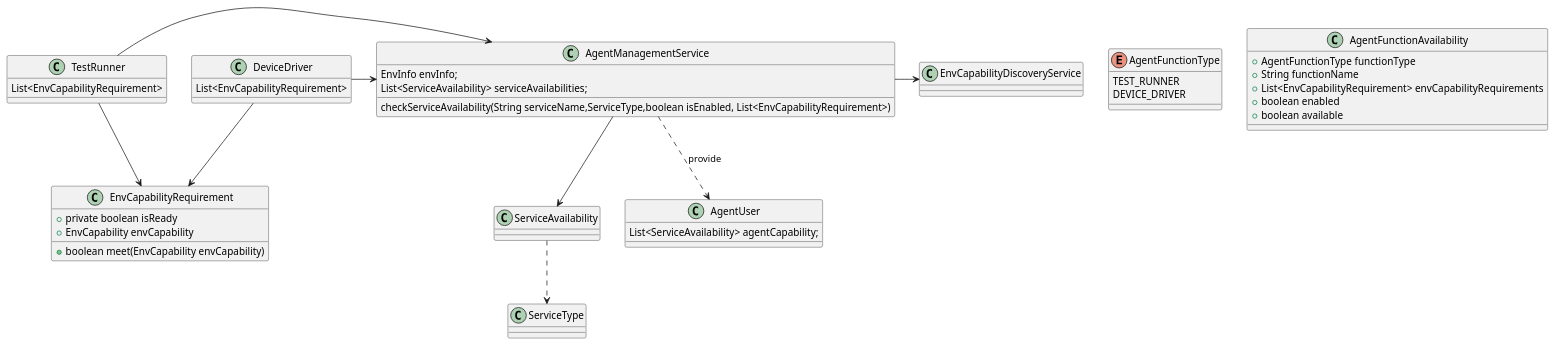
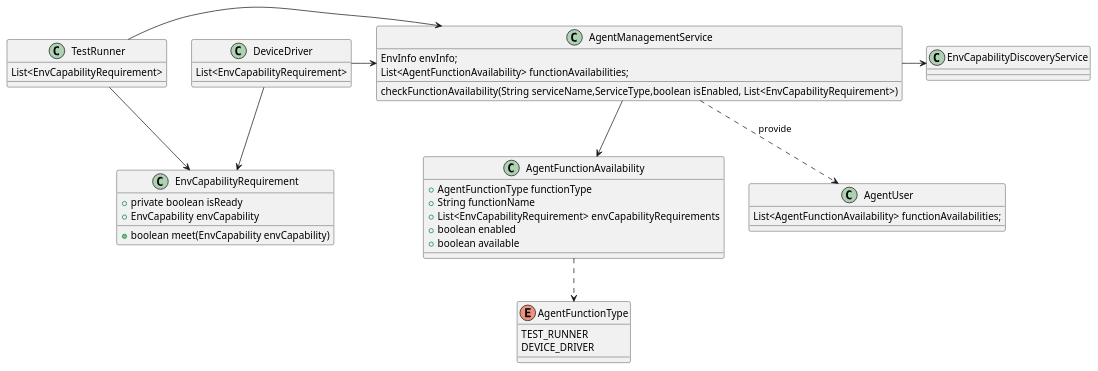
The third of 4 diagrams in agent/doc/UML/agent_device_management_design.puml (microsoft/HydraLab), drawn with PlantUML before and after one commit. The commit also changed other lines of this file and 2 other files, not shown here.

Commit message:
update uml

```diff
--- a/agent/doc/UML/agent_device_management_design.puml
+++ b/agent/doc/UML/agent_device_management_design.puml
@@ -159,43 +159,43 @@
 @startuml agent_capability_design
 
 class AgentManagementService {
     EnvInfo envInfo;
-    List<ServiceAvailability> serviceAvailabilities;
-    checkServiceAvailability(String serviceName,ServiceType,boolean isEnabled, List<EnvCapabilityRequirement>)
+    List<AgentFunctionAvailability> functionAvailabilities;
+    checkFunctionAvailability(String serviceName,ServiceType,boolean isEnabled, List<EnvCapabilityRequirement>)
 }
 AgentManagementService -r-> EnvCapabilityDiscoveryService
 class TestRunner{
     List<EnvCapabilityRequirement>
 }
 class DeviceDriver{
     List<EnvCapabilityRequirement>
 }
 
 TestRunner -r-> AgentManagementService
 DeviceDriver -r-> AgentManagementService
 TestRunner --> EnvCapabilityRequirement
 DeviceDriver --> EnvCapabilityRequirement
 
 class EnvCapabilityRequirement{
     +private boolean isReady
     +EnvCapability envCapability
     +boolean meet(EnvCapability envCapability)
 }
 enum AgentFunctionType{
     TEST_RUNNER
     DEVICE_DRIVER
 }
 class AgentFunctionAvailability{
     +AgentFunctionType functionType
     +String functionName
     +List<EnvCapabilityRequirement> envCapabilityRequirements
     +boolean enabled
     +boolean available
 }
-AgentManagementService -->ServiceAvailability
-ServiceAvailability ..> ServiceType
+AgentManagementService -->AgentFunctionAvailability
+AgentFunctionAvailability ..> AgentFunctionType
 class AgentUser{
-    List<ServiceAvailability> agentCapability;
+    List<AgentFunctionAvailability> functionAvailabilities;
 }
 AgentManagementService ..> AgentUser : provide
 @enduml
```
